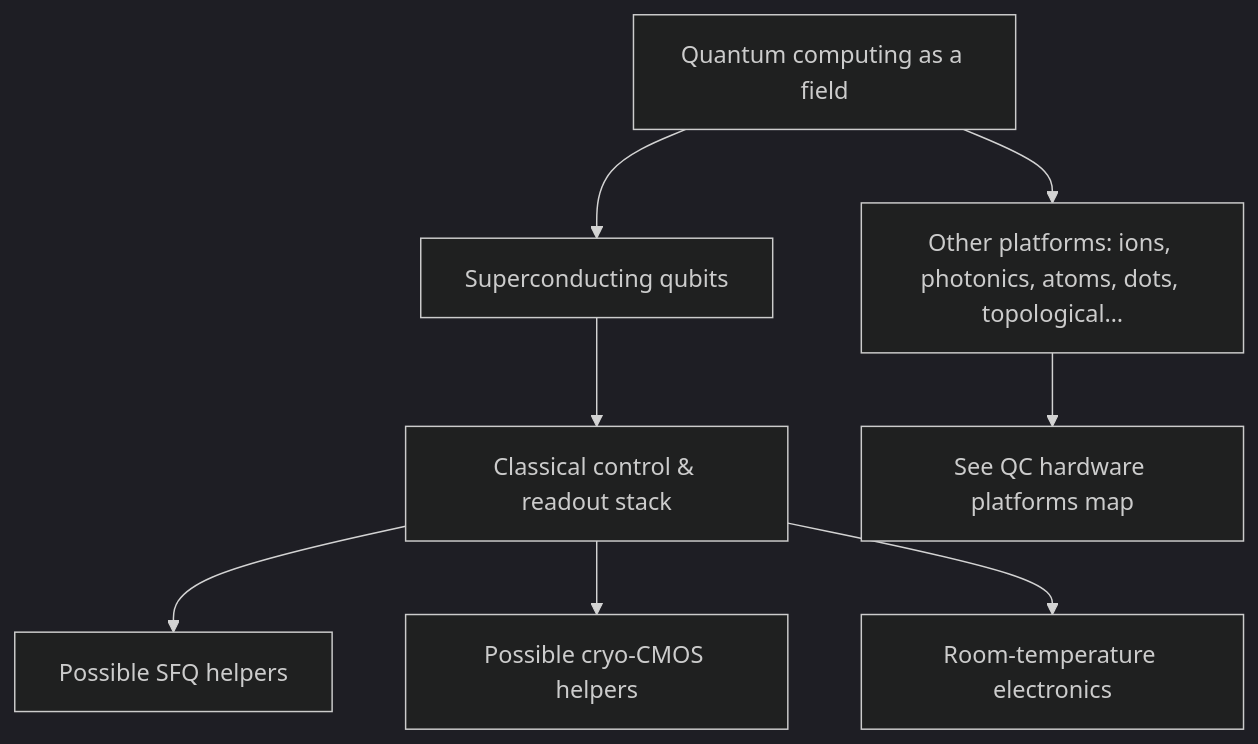
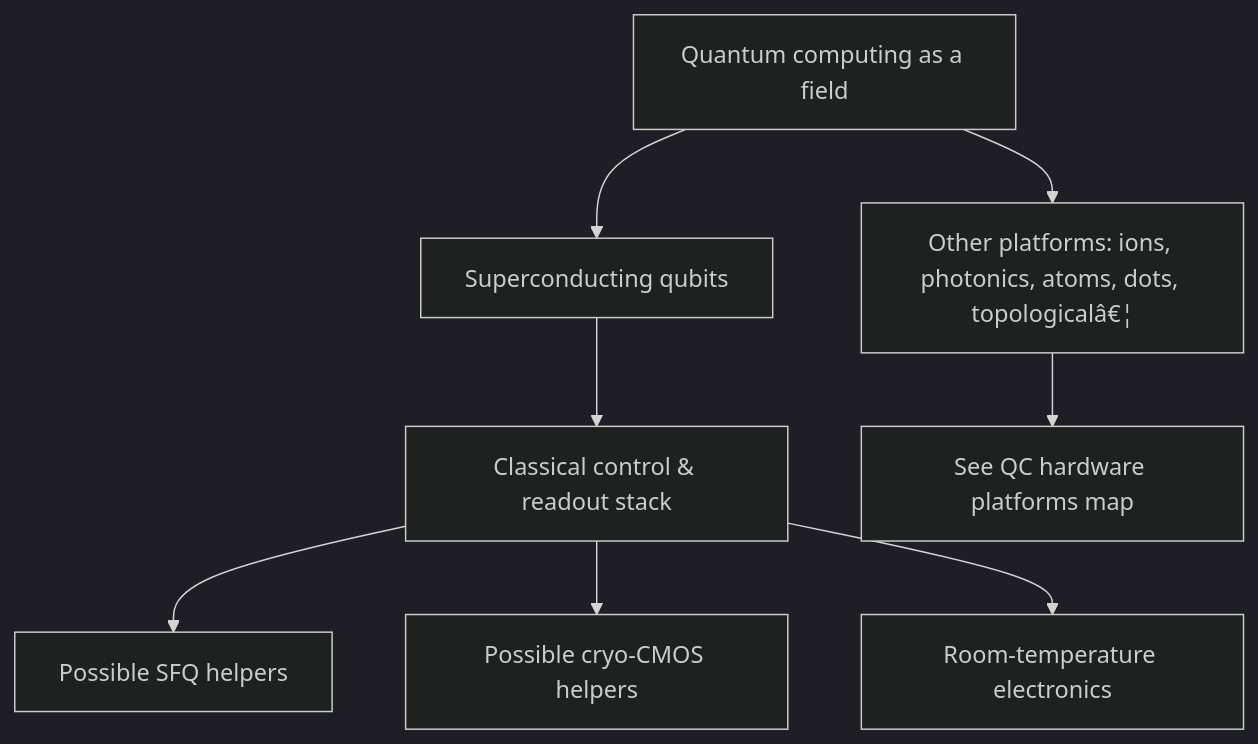
One commit to Single-Flux-Quantum/sfq-learn-public changed the diagram in docs/fundamentals/fields/superconducting-qubits-and-quantum-computing.md. Above: the diagram before and after it, drawn with Mermaid (dark theme). The commit also changed other lines of this file and 41 other files, not shown here.

````diff
--- a/docs/fundamentals/fields/superconducting-qubits-and-quantum-computing.md
+++ b/docs/fundamentals/fields/superconducting-qubits-and-quantum-computing.md
@@ -38,11 +38,11 @@
 ```mermaid
 flowchart TD
   QC[Quantum computing as a field]
   QC --> SC[Superconducting qubits]
-  QC --> Other[Other platforms: ions, photonics, atoms, dots, topological…]
+  QC --> Other[Other platforms: ions, photonics, atoms, dots, topologicalâ€¦]
   SC --> Ctrl[Classical control & readout stack]
   Ctrl --> SFQh[Possible SFQ helpers]
   Ctrl --> CMOSh[Possible cryo-CMOS helpers]
   Ctrl --> RT[Room-temperature electronics]
   Other --> Map[See QC hardware platforms map]
 ```
````
